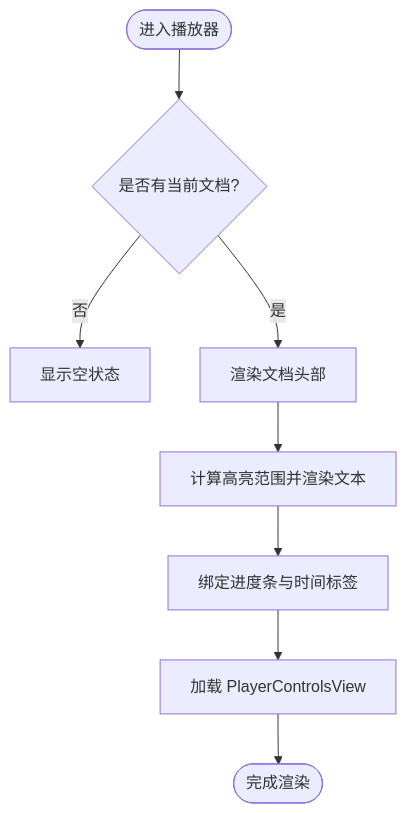
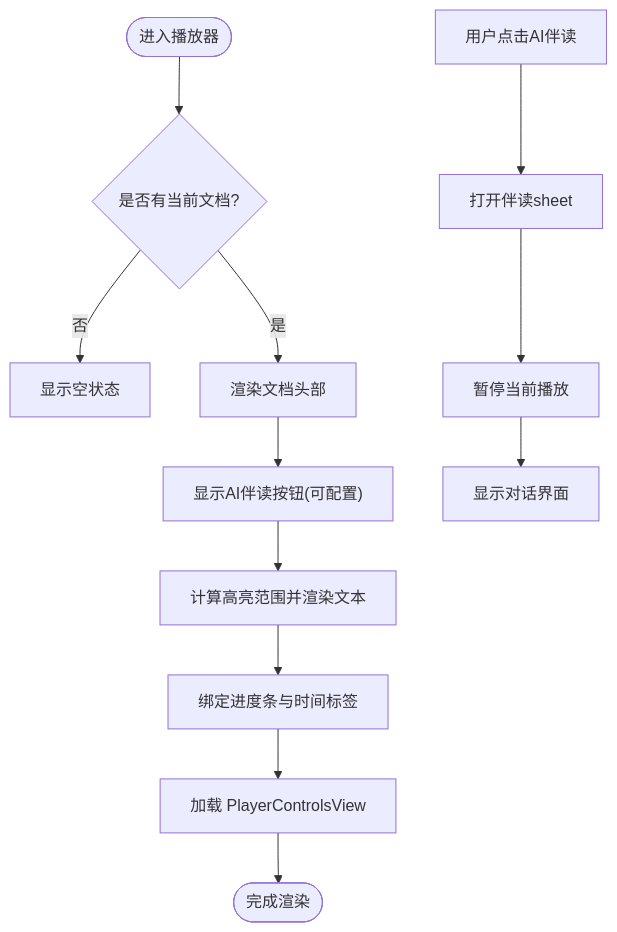
The third of 9 diagrams in .qoder/repowiki/zh/content/用户界面设计/播放器界面.md (Primoguo/Knowledge), drawn with Mermaid before and after one commit. The commit also changed other lines of this file and 32 other files, not shown here.

````diff
--- a/.qoder/repowiki/zh/content/用户界面设计/播放器界面.md
+++ b/.qoder/repowiki/zh/content/用户界面设计/播放器界面.md
@@ -173,10 +211,14 @@
 ```mermaid
 flowchart TD
 Start(["进入播放器"]) --> CheckDoc{"是否有当前文档?"}
 CheckDoc --> |否| Empty["显示空状态"]
 CheckDoc --> |是| Header["渲染文档头部"]
-Header --> Highlight["计算高亮范围并渲染文本"]
+Header --> Toolbar["显示AI伴读按钮(可配置)"]
+Toolbar --> Highlight["计算高亮范围并渲染文本"]
 Highlight --> Slider["绑定进度条与时间标签"]
 Slider --> Controls["加载 PlayerControlsView"]
 Controls --> End(["完成渲染"])
+U["用户点击AI伴读"] --> OpenSheet["打开伴读sheet"]
+OpenSheet --> PausePlay["暂停当前播放"]
+PausePlay --> ShowChat["显示对话界面"]
 ```
````
